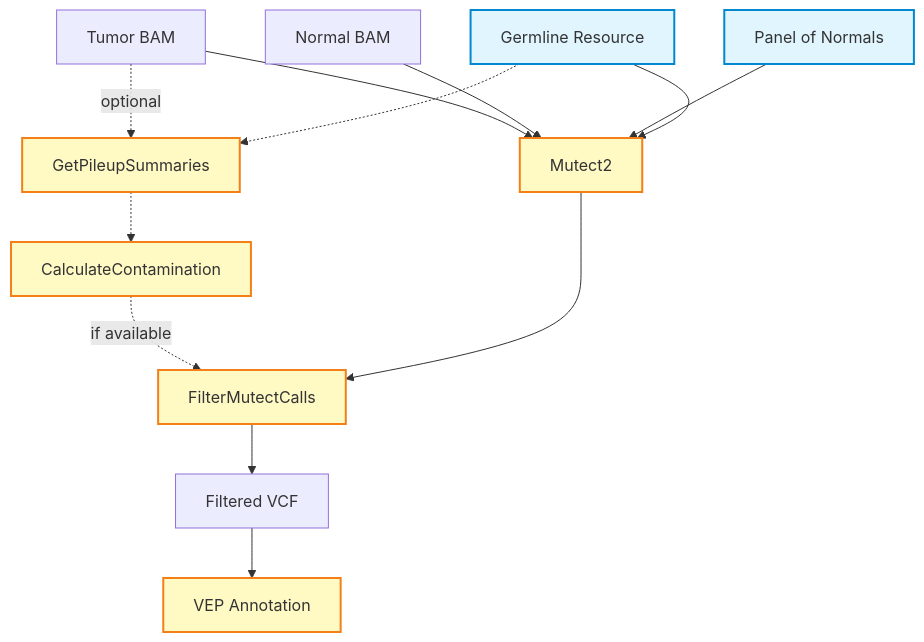
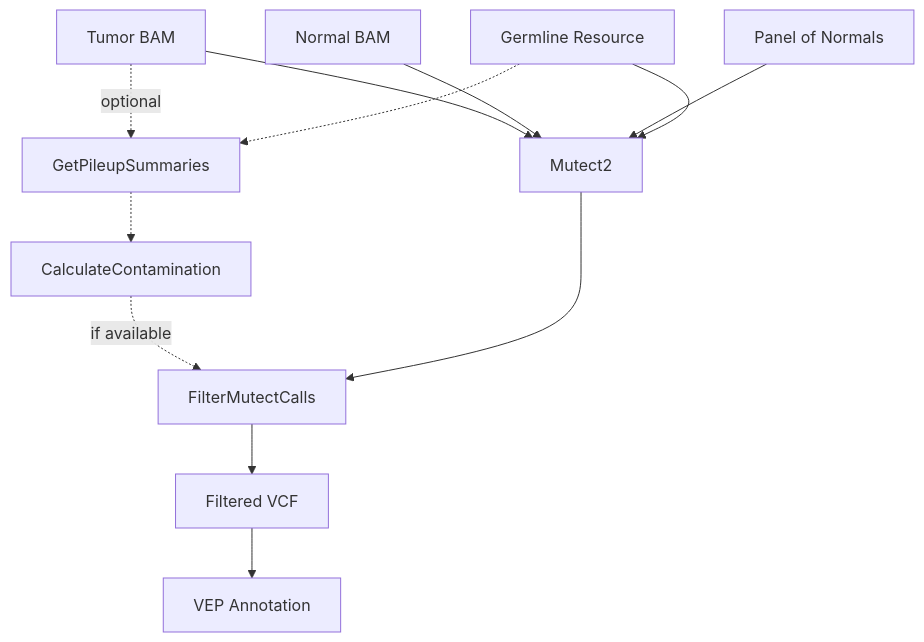
Before and after one commit to sib-swiss/cancer-variants-training: the second of 2 diagrams in slides/02_introduction_cancer_variants.qmd, drawn with Mermaid. The commit also changed other lines of this file and 1 other file, not shown here.

````diff
--- a/slides/02_introduction_cancer_variants.qmd
+++ b/slides/02_introduction_cancer_variants.qmd
@@ -591,22 +678,16 @@
 ```{mermaid}
 flowchart TD
     A[Tumor BAM] --> C[Mutect2]
     B[Normal BAM] --> C
     D[Panel of Normals] --> C
     E[Germline Resource] --> C
     
     A -.-> |optional| F[GetPileupSummaries]
     E -.-> F
     F -.-> G[CalculateContamination]
     G -.-> |if available| H
     
     C --> H[FilterMutectCalls]
     H --> I[Filtered VCF]
     I --> J[VEP Annotation]
-    
-    classDef resource fill:#e1f5ff,stroke:#0288d1,stroke-width:2px
-    classDef process fill:#fff9c4,stroke:#f57f17,stroke-width:2px
-    
-    class D,E resource
-    class C,F,G,H,J process
 ```
````
